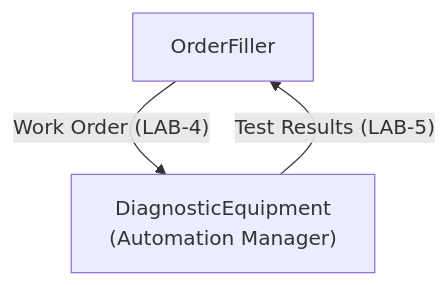
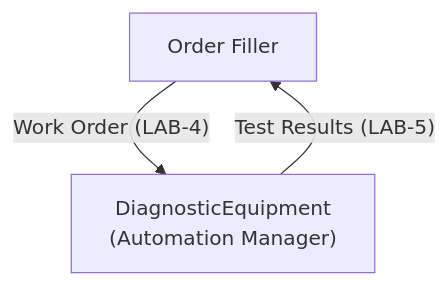
Before and after one commit to nw-gmsa/nw-gmsa.github.com: the third of 15 diagrams in input/pagecontent/LTW.md, drawn with Mermaid. The commit also changed other lines of this file and 18 other files, not shown here.

````diff
--- a/input/pagecontent/LTW.md
+++ b/input/pagecontent/LTW.md
@@ -79,8 +77,8 @@
 ```mermaid
 graph 
-    OrderFiller
+    OrderFiller[Order Filler]
     DiagnosticEquipment
 
     OrderFiller --> |"Work Order (LAB-4)"| DiagnosticEquipment["DiagnosticEquipment<br/>(Automation Manager)"]
     DiagnosticEquipment --> |"Test Results (LAB-5)"| OrderFiller
 ```
````
